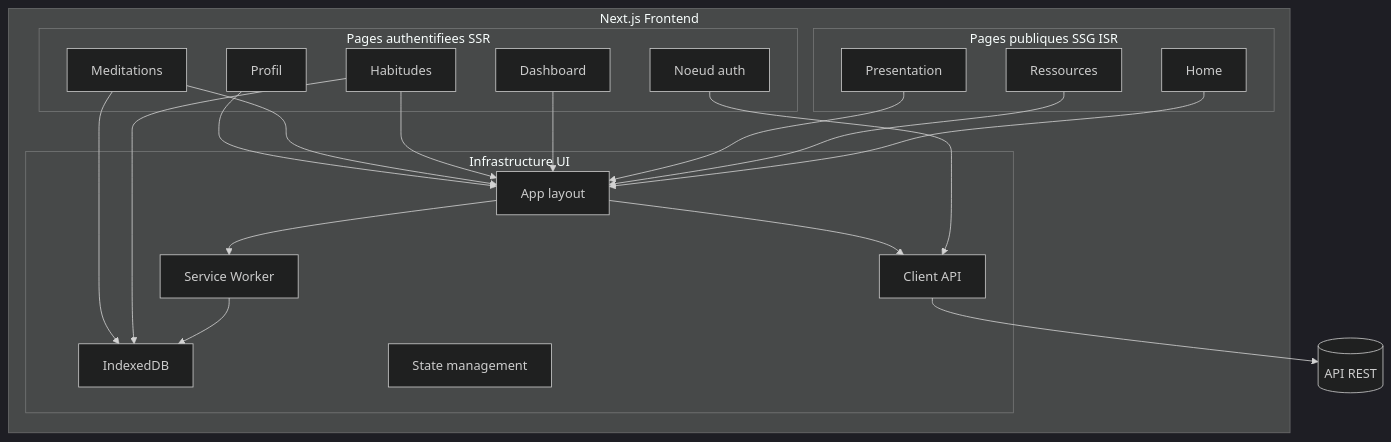
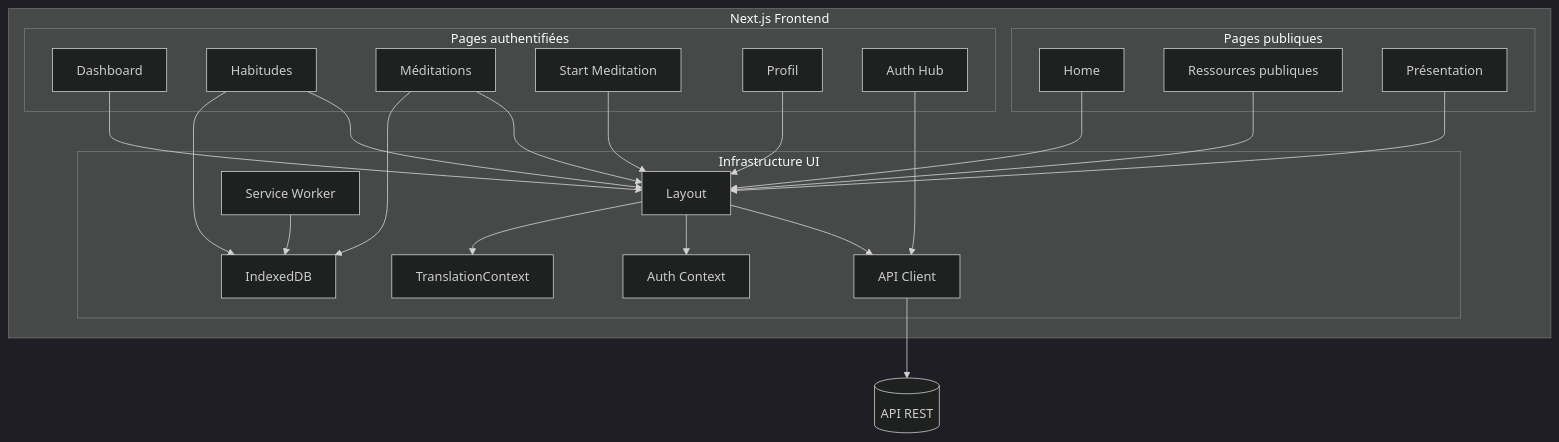
The diagram in docs/archi/c4/c3-components-frontend.md (Dolphynx/mindfulspace), drawn with Mermaid (dark theme) before and after one commit. The commit also changed other lines of this file and 24 other files, not shown here.

````diff
--- a/docs/archi/c4/c3-components-frontend.md
+++ b/docs/archi/c4/c3-components-frontend.md
@@ -1,45 +3,51 @@
 ```mermaid
 flowchart TD
+
 subgraph front [Next.js Frontend]
-subgraph pub [Pages publiques SSG ISR]
-home[Home]
-docs[Ressources]
-about[Presentation]
-end
 
-    subgraph auth [Pages authentifiees SSR]
-      dashboard[Dashboard]
-      habitsUI[Habitudes]
-      meditationsUI[Meditations]
-      profile[Profil]
-      authHub[Noeud auth]
-    end
+  subgraph pub [Pages publiques]
+    home[Home]
+    resources[Ressources publiques]
+    about[Présentation]
+  end
 
-    subgraph infra [Infrastructure UI]
-      layout[App layout]
-      sw[Service Worker]
-      idx[IndexedDB]
-      store[State management]
-      apiClient[Client API]
-    end
+  subgraph auth [Pages authentifiées]
+    dashboard[Dashboard]
+    habitsUI[Habitudes]
+    meditationsUI[Méditations]
+    sessionWizard[Start Meditation]
+    profile[Profil]
+    authHub[Auth Hub]
+  end
+
+  subgraph infra [Infrastructure UI]
+    layout[Layout]
+    apiClient[API Client]
+    i18n[TranslationContext]
+    sw[Service Worker]
+    idx[IndexedDB]
+    authCtx[Auth Context]
+  end
 end
 
 home --> layout
-docs --> layout
+resources --> layout
 about --> layout
 
 dashboard --> layout
 habitsUI --> layout
 meditationsUI --> layout
+sessionWizard --> layout
 profile --> layout
 
 authHub --> apiClient
 layout --> apiClient
+layout --> authCtx
+layout --> i18n
 
-apiClient --> apiRest[(API REST)]
-
-layout --> sw
 sw --> idx
 habitsUI --> idx
 meditationsUI --> idx
+
+apiClient --> api[(API REST)]
 ```
````
